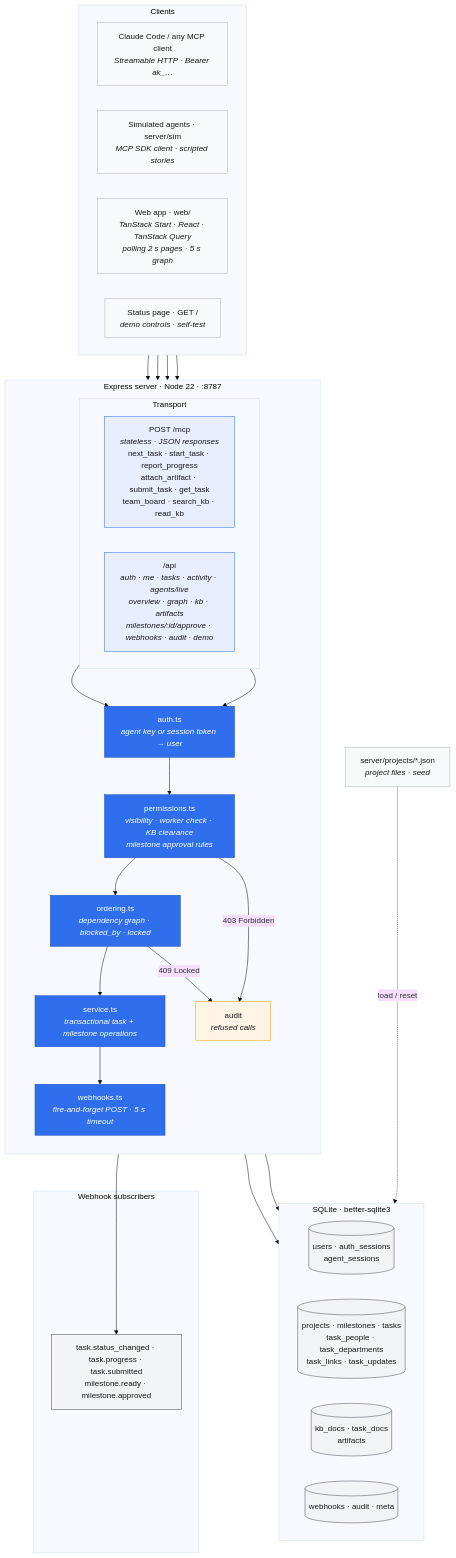
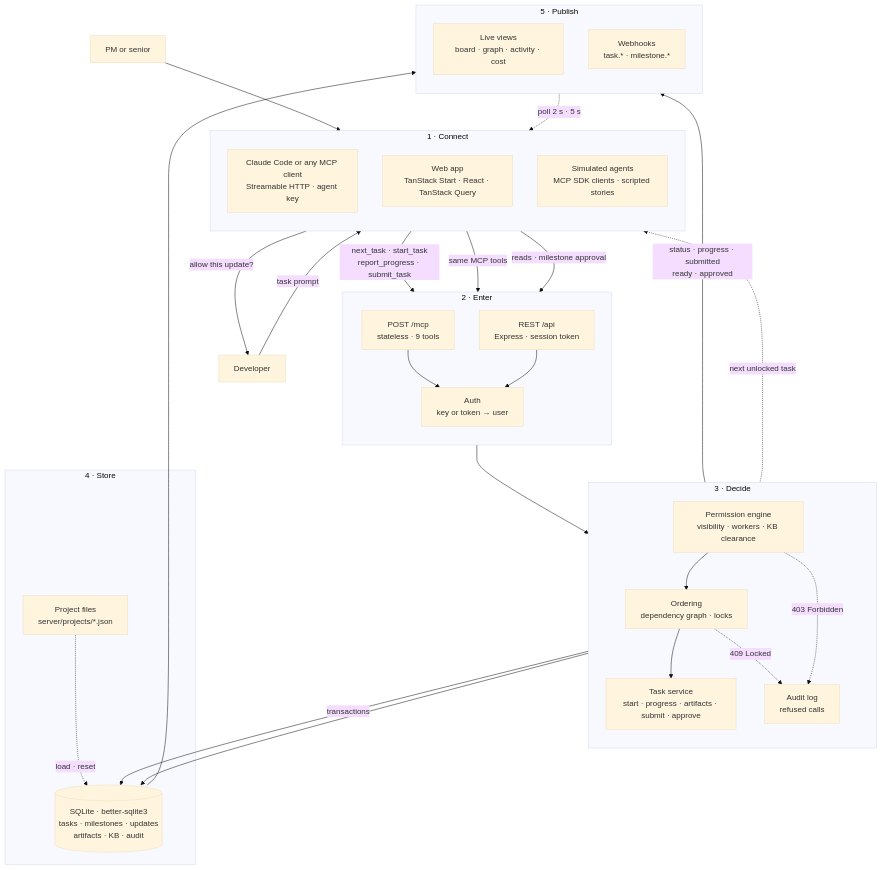
Before and after one commit to Omar-s-Org/Orchestra: the diagram in README.md, drawn with Mermaid (base theme). The commit also changed other lines of this file, not shown here.

Commit message:
Docs: staged architecture diagram; drop emojis from What it is

````diff
--- a/README.md
+++ b/README.md
@@ -49,65 +49,63 @@
 ```mermaid
 flowchart TB
-    subgraph CLIENTS["Clients"]
-        direction LR
-        CC["Claude Code / any MCP client<br/><i>Streamable HTTP · Bearer ak_…</i>"]
-        SIM["Simulated agents · server/sim<br/><i>MCP SDK client · scripted stories</i>"]
-        WEB["Web app · web/<br/><i>TanStack Start · React · TanStack Query</i><br/><i>polling 2 s pages · 5 s graph</i>"]
-        STAT["Status page · GET /<br/><i>demo controls · self-test</i>"]
+    DEV["Developer"]
+    LEAD["PM or senior"]
+
+    subgraph S1["1 · Connect"]
+        direction TB
+        CC["Claude Code or any MCP client<br/>Streamable HTTP · agent key"]
+        WEB["Web app<br/>TanStack Start · React · TanStack Query"]
+        SIM["Simulated agents<br/>MCP SDK clients · scripted stories"]
     end
 
-    subgraph API["Express server · Node 22 · :8787"]
+    subgraph S2["2 · Enter"]
         direction TB
-        subgraph EDGE["Transport"]
-            direction LR
-            MCP["POST /mcp<br/><i>stateless · JSON responses</i><br/>next_task · start_task · report_progress<br/>attach_artifact · submit_task · get_task<br/>team_board · search_kb · read_kb"]
-            REST["/api<br/><i>auth · me · tasks · activity · agents/live</i><br/><i>overview · graph · kb · artifacts</i><br/><i>milestones/:id/approve · webhooks · audit · demo</i>"]
-        end
-        AUTH["auth.ts<br/><i>agent key or session token → user</i>"]
-        PERM["permissions.ts<br/><i>visibility · worker check · KB clearance</i><br/><i>milestone approval rules</i>"]
-        ORD["ordering.ts<br/><i>dependency graph · blocked_by · locked</i>"]
-        SVC["service.ts<br/><i>transactional task + milestone operations</i>"]
-        AUD["audit<br/><i>refused calls</i>"]
-        HOOK["webhooks.ts<br/><i>fire-and-forget POST · 5 s timeout</i>"]
-        MCP --> AUTH
-        REST --> AUTH
-        AUTH --> PERM --> ORD --> SVC
-        PERM -- "403 Forbidden" --> AUD
-        ORD -- "409 Locked" --> AUD
-        SVC --> HOOK
+        MCP["POST /mcp<br/>stateless · 9 tools"]
+        REST["REST /api<br/>Express · session token"]
+        AUTH["Auth<br/>key or token → user"]
     end
 
-    subgraph DATA["SQLite · better-sqlite3"]
-        direction LR
-        T1[("users · auth_sessions<br/>agent_sessions")]
-        T2[("projects · milestones · tasks<br/>task_people · task_departments<br/>task_links · task_updates")]
-        T3[("kb_docs · task_docs<br/>artifacts")]
-        T4[("webhooks · audit · meta")]
+    subgraph S3["3 · Decide"]
+        direction TB
+        PERM["Permission engine<br/>visibility · workers · KB clearance"]
+        ORD["Ordering<br/>dependency graph · locks"]
+        SVC["Task service<br/>start · progress · artifacts · submit · approve"]
+        AUD["Audit log<br/>refused calls"]
     end
 
-    subgraph EXT["Webhook subscribers"]
-        EV["task.status_changed · task.progress · task.submitted<br/>milestone.ready · milestone.approved"]
+    subgraph S4["4 · Store"]
+        DB[("SQLite · better-sqlite3<br/>tasks · milestones · updates<br/>artifacts · KB · audit")]
+        PF["Project files<br/>server/projects/*.json"]
     end
 
-    PF["server/projects/*.json<br/><i>project files · seed</i>"]
+    subgraph S5["5 · Publish"]
+        direction TB
+        LIVE["Live views<br/>board · graph · activity · cost"]
+        HOOK["Webhooks<br/>task.* · milestone.*"]
+    end
 
-    CC --> MCP
-    SIM --> MCP
-    WEB --> REST
-    STAT --> REST
-    SVC --> DATA
-    AUD --> T4
-    PF -. "load / reset" .-> DATA
-    HOOK --> EV
+    DEV -- "task prompt" --> CC
+    CC -- "allow this update?" --> DEV
+    LEAD --> WEB
 
-    classDef client fill:#f8f9fb,stroke:#adb5bd,color:#1a1a1a
-    classDef edge fill:#e7eefe,stroke:#2f6fed,color:#1a1a1a
-    classDef core fill:#2f6fed,stroke:#1c4fbf,color:#ffffff
-    classDef warn fill:#fff4e6,stroke:#f59f00,color:#1a1a1a
-    classDef store fill:#f1f3f5,stroke:#495057,color:#1a1a1a
-    class CC,SIM,WEB,STAT,PF client
-    class MCP,REST edge
-    class AUTH,PERM,ORD,SVC,HOOK core
-    class AUD warn
-    class T1,T2,T3,T4,EV store
+    CC -- "next_task · start_task<br/>report_progress · submit_task" --> MCP
+    SIM -- "same MCP tools" --> MCP
+    WEB -- "reads · milestone approval" --> REST
+    MCP --> AUTH
+    REST --> AUTH
+
+    AUTH --> PERM
+    PERM --> ORD
+    ORD --> SVC
+    PERM -. "403 Forbidden" .-> AUD
+    ORD -. "409 Locked" .-> AUD
+
+    SVC -- "transactions" --> DB
+    AUD --> DB
+    PF -. "load · reset" .-> DB
+
+    DB --> LIVE
+    SVC -- "status · progress · submitted<br/>ready · approved" --> HOOK
+    LIVE -. "poll 2 s · 5 s" .-> WEB
+    SVC -. "next unlocked task" .-> CC
 ```
````
